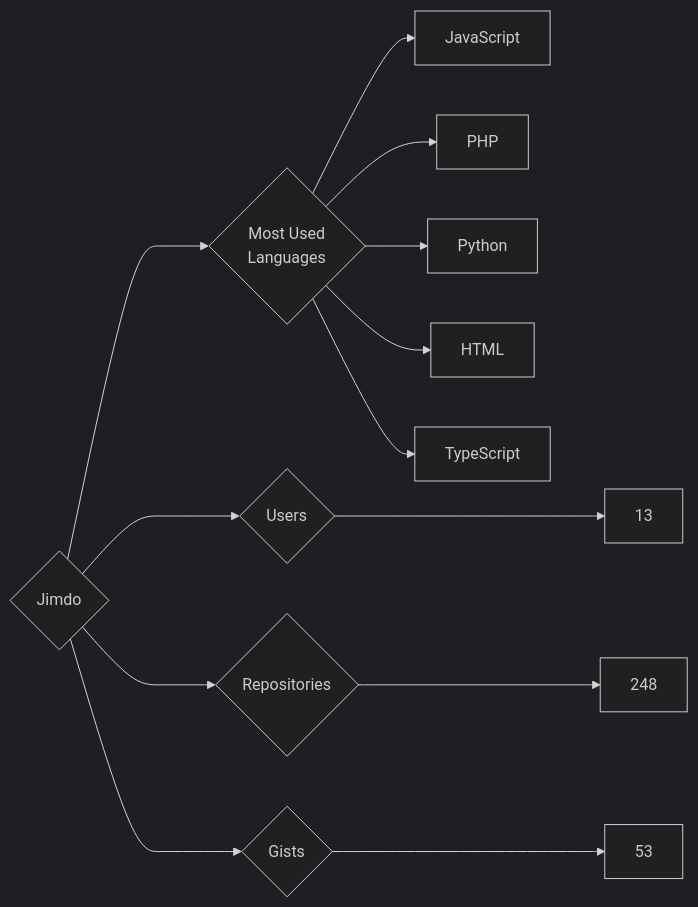
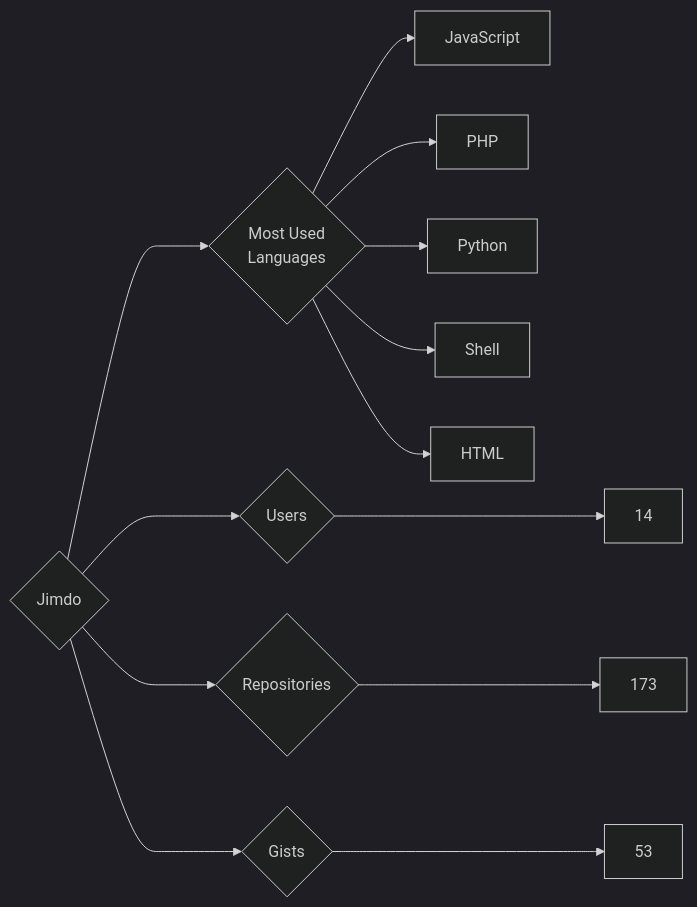
Before and after one commit to trickest/insiders: the diagram in targets/Jimdo/README.md, drawn with Mermaid (dark theme). The commit also changed 1195 other files, not shown here.

````diff
--- a/targets/Jimdo/README.md
+++ b/targets/Jimdo/README.md
@@ -3,13 +3,13 @@
 ```mermaid
 graph LR
 COMPANY_NAME{Jimdo}
-COMPANY_NAME ---> U{Users} ---> UN[13]
-COMPANY_NAME ---> R{Repositories} ---> RN[248]
+COMPANY_NAME ---> U{Users} ---> UN[14]
+COMPANY_NAME ---> R{Repositories} ---> RN[173]
 COMPANY_NAME ---> G{Gists} ---> GN[53]
 COMPANY_NAME ---> ML{Most Used<br>Languages}
 ML --> JavaScript[JavaScript]
 ML --> PHP[PHP]
 ML --> Python[Python]
+ML --> Shell[Shell]
 ML --> HTML[HTML]
-ML --> TypeScript[TypeScript]
 ```
````
